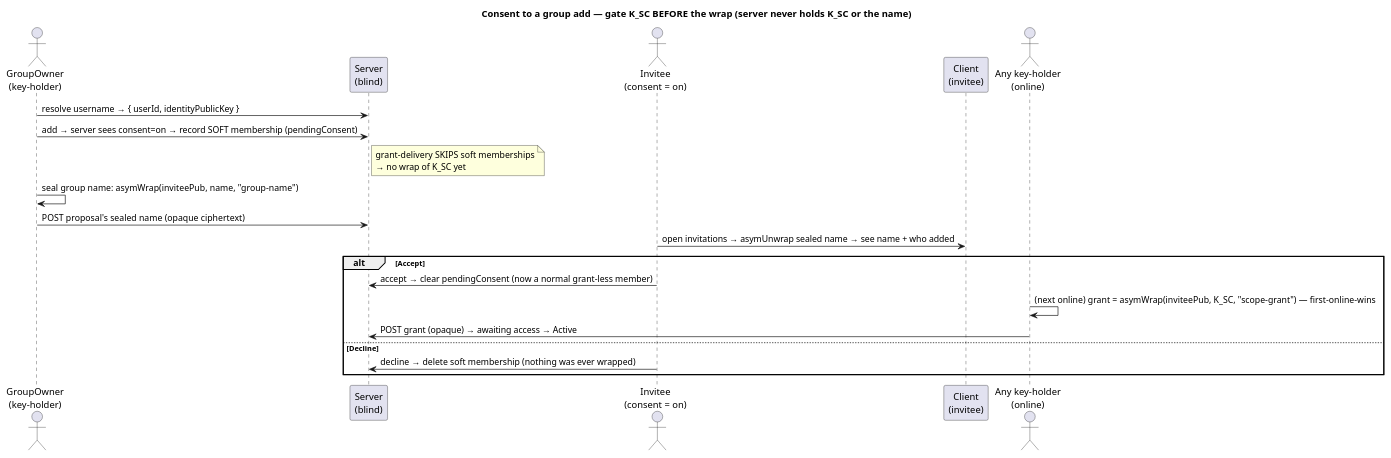
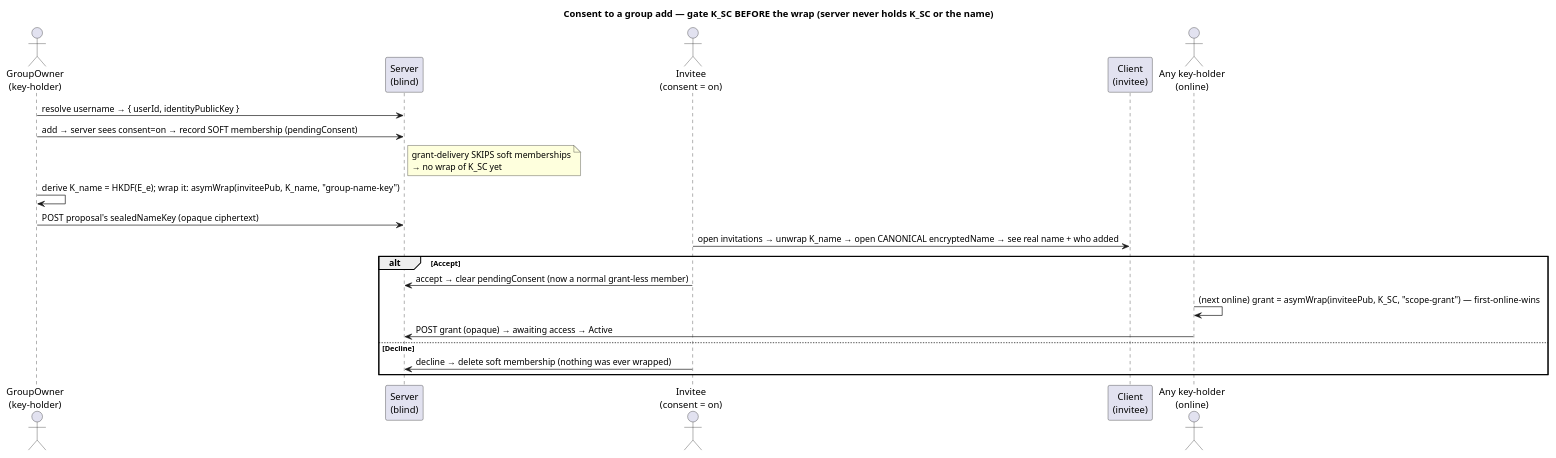
The diagram in docs/features/spaces/use-cases/uc.spaces.consent-group-add.md (raddatzk/veyq-no-e2ee), drawn with PlantUML before and after one commit. The commit also changed other lines of this file and 40 other files, not shown here.

First line of the commit message:
feat(spaces): consent before group-add with a verifiable invitee name (cr-0094–0096, G2b)

````diff
--- a/docs/features/spaces/use-cases/uc.spaces.consent-group-add.md
+++ b/docs/features/spaces/use-cases/uc.spaces.consent-group-add.md
@@ -51,25 +56,25 @@
 ```plantuml
 @startuml
 title Consent to a group add — gate K_SC BEFORE the wrap (server never holds K_SC or the name)
 skinparam shadowing false
 actor "GroupOwner\n(key-holder)" as O
 participant "Server\n(blind)" as S
 actor "Invitee\n(consent = on)" as I
 participant "Client\n(invitee)" as CI
 actor "Any key-holder\n(online)" as M
 
 O -> S : resolve username → { userId, identityPublicKey }
 O -> S : add → server sees consent=on → record SOFT membership (pendingConsent)
 note right of S : grant-delivery SKIPS soft memberships\n→ no wrap of K_SC yet
-O -> O : seal group name: asymWrap(inviteePub, name, "group-name")
-O -> S : POST proposal's sealed name (opaque ciphertext)
-I -> CI : open invitations → asymUnwrap sealed name → see name + who added
+O -> O : derive K_name = HKDF(E_e); wrap it: asymWrap(inviteePub, K_name, "group-name-key")
+O -> S : POST proposal's sealedNameKey (opaque ciphertext)
+I -> CI : open invitations → unwrap K_name → open CANONICAL encryptedName → see real name + who added
 alt Accept
   I -> S : accept → clear pendingConsent (now a normal grant-less member)
   M -> M : (next online) grant = asymWrap(inviteePub, K_SC, "scope-grant") — first-online-wins
   M -> S : POST grant (opaque) → awaiting access → Active
 else Decline
   I -> S : decline → delete soft membership (nothing was ever wrapped)
 end
 @enduml
 ```
````
